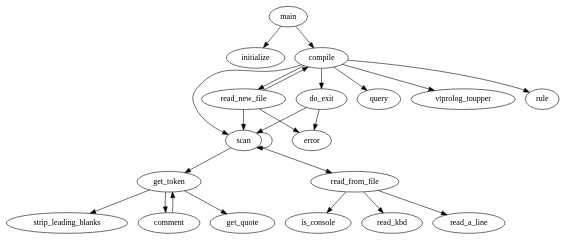
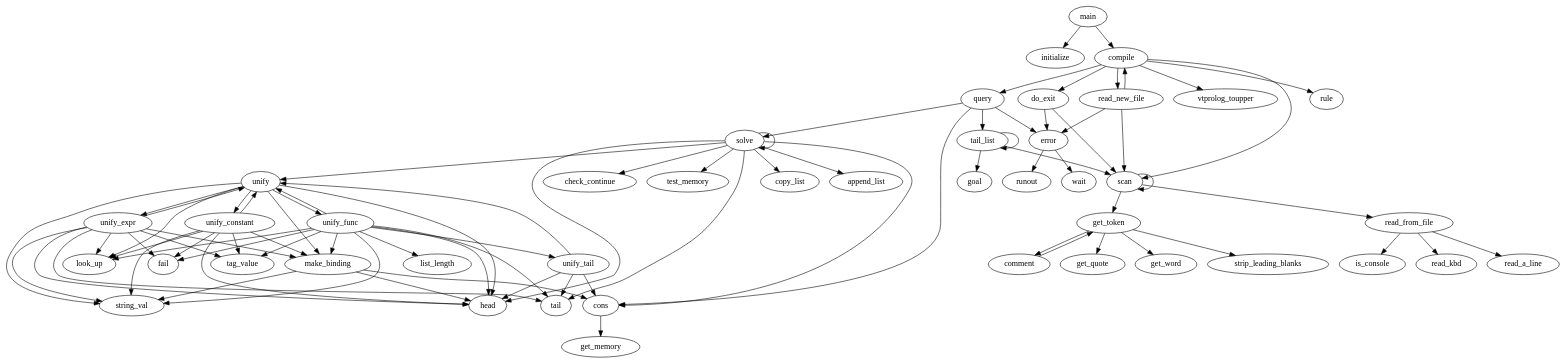
Before and after one commit to Johnicholas/Hello-Github: the diagram in vtprolog-in-c/call_graph.dot, drawn with Graphviz. The commit also changed 3 other files, not shown here.

```diff
--- a/vtprolog-in-c/call_graph.dot
+++ b/vtprolog-in-c/call_graph.dot
@@ -1,28 +1,86 @@
 digraph {
 	main -> initialize;
 	main -> compile;
 	compile -> scan;
 	compile -> query;
 	compile -> read_new_file;
 	compile -> vtprolog_toupper;
 	compile -> do_exit;
 	compile -> rule;
 	scan -> get_token;
 	scan -> scan;
 	scan -> read_from_file;
 	get_token -> strip_leading_blanks;
-	get_token -> comment;
+	get_token -> comment -> get_token;
 	get_token -> get_quote;
-	comment -> get_token;
-	do_exit -> scan;
-	do_exit -> error;
-	read_new_file -> compile;
-	read_new_file -> scan;
-	read_new_file -> error;
-
-
+	get_token -> get_word;
 	read_from_file -> is_console;
 	read_from_file -> read_kbd;
 	read_from_file -> read_a_line;
 
+	do_exit -> scan;
+	do_exit -> error;
+	error -> runout;
+	error -> wait;
+	read_new_file -> compile;
+	read_new_file -> scan;
+	read_new_file -> error;
+	query -> tail_list;
+	query -> error;
+	query -> cons;
+	query -> solve;
+	tail_list -> goal;
+	tail_list -> scan;
+	tail_list -> tail_list;
+	cons -> get_memory;
+	solve -> cons;
+	solve -> head;
+	solve -> tail;
+	solve -> check_continue;
+	solve -> test_memory;
+	solve -> unify;
+	solve -> copy_list;
+	solve -> append_list;
+	solve -> solve;
+	unify -> unify_constant;
+	unify -> look_up;
+	unify -> string_val;
+	unify -> head;
+	unify -> make_binding;
+	unify -> unify_func;
+	unify -> unify_expr;
+	unify_expr -> tag_value;
+	unify_expr -> fail;
+	unify_expr -> look_up;
+	unify_expr -> string_val;
+	unify_expr -> head;
+	unify_expr -> make_binding;
+	unify_expr -> unify;
+	unify_expr -> tail;
+	unify_func -> tag_value;
+	unify_func -> head;
+	unify_func -> fail;
+	unify_func -> look_up;
+	unify_func -> make_binding;
+	unify_func -> unify;
+	unify_func -> string_val;	
+	unify_func -> tail;
+	unify_func -> list_length;
+	unify_func -> unify_tail;
+	unify_tail -> tail;
+	unify_tail -> unify;
+	unify_tail -> cons;
+	unify_tail -> head;
+	unify_constant -> tag_value;
+	unify_constant -> head;
+	unify_constant -> string_val;
+	unify_constant -> look_up;
+	unify_constant -> make_binding;
+	unify_constant -> unify;
+	unify_constant -> fail;
+	make_binding -> string_val;
+	make_binding -> head;
+	make_binding -> cons;
+
+
 }
```
